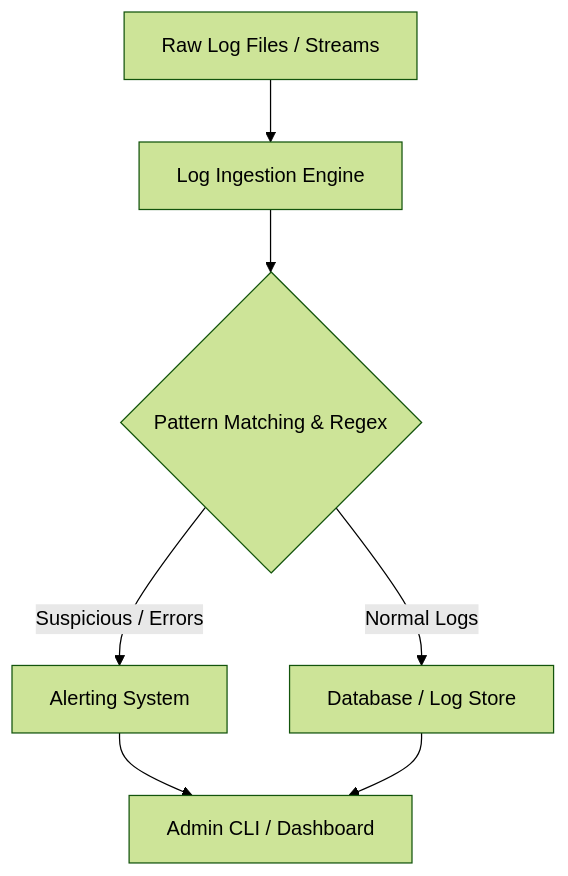
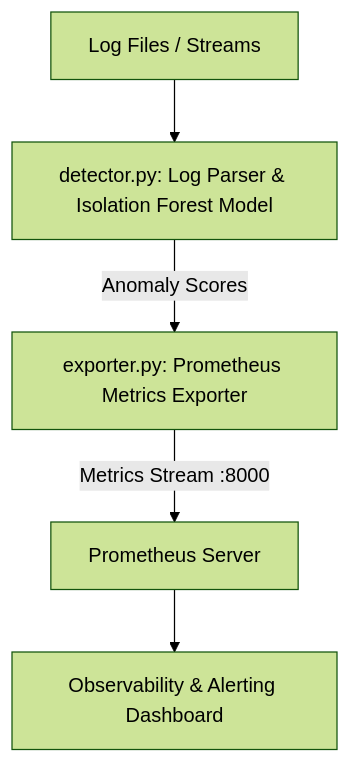
One commit to Danishwani1999/Advance_Log_Detector changed the diagram in README.md. Above: the diagram before and after it, drawn with Mermaid (forest theme). The commit also changed other lines of this file, not shown here.

````diff
--- a/README.md
+++ b/README.md
@@ -40,9 +40,7 @@
 ```mermaid
 graph TD
-    A[Raw Log Files / Streams] --> B[Log Ingestion Engine]
-    B --> C{Pattern Matching & Regex}
-    C -->|Normal Logs| D[Database / Log Store]
-    C -->|Suspicious / Errors| E[Alerting System]
-    E --> F[Admin CLI / Dashboard]
-    D --> F
+    A[Log Files / Streams] --> B[detector.py: Log Parser & Isolation Forest Model]
+    B -->|Anomaly Scores| C[exporter.py: Prometheus Metrics Exporter]
+    C -->|Metrics Stream :8000| D[Prometheus Server]
+    D --> E[Observability & Alerting Dashboard]
 ```
````
